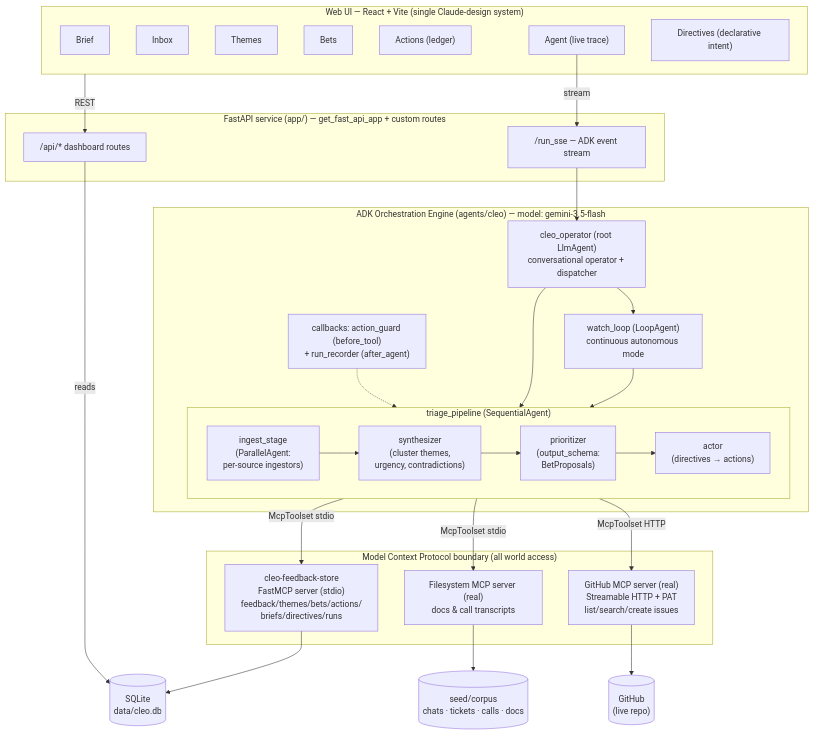
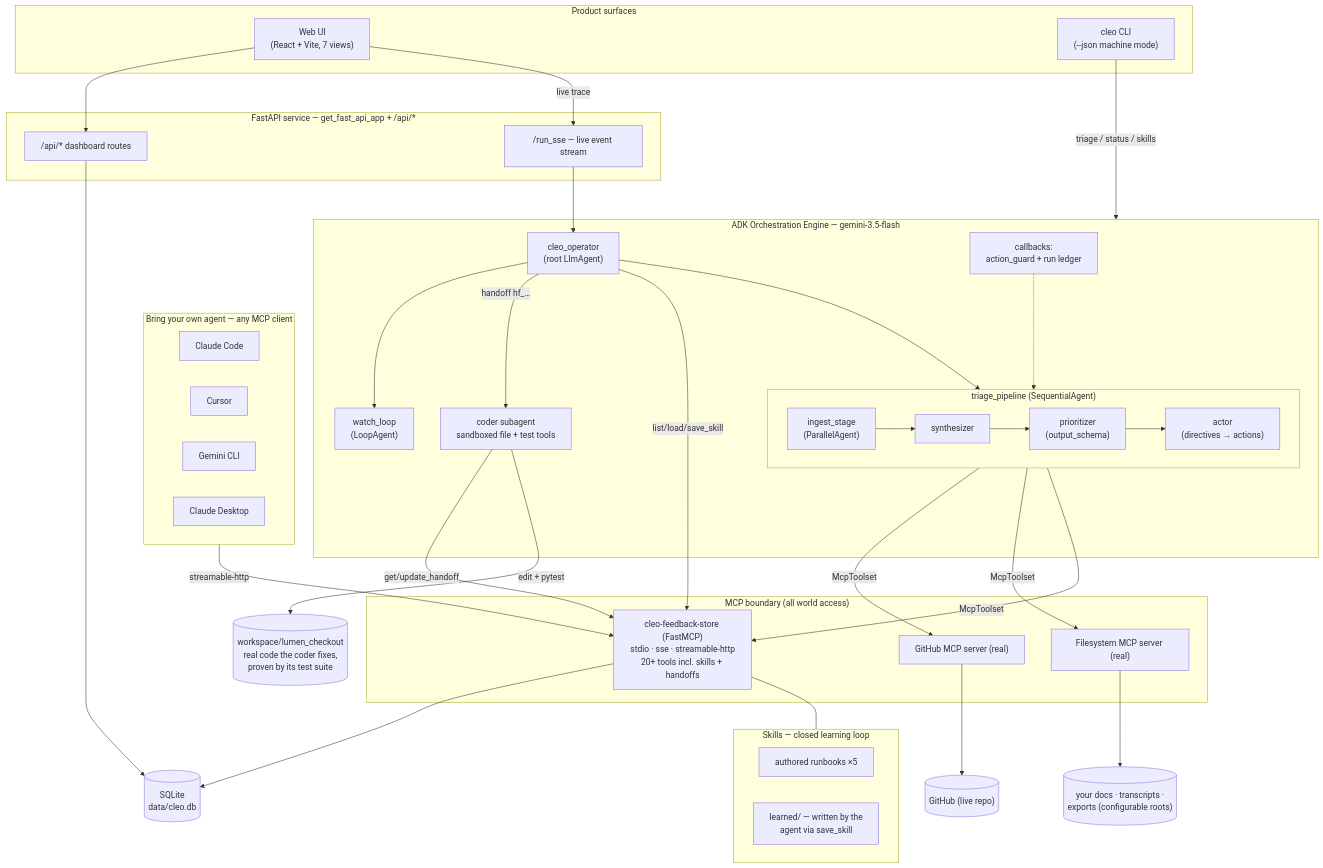
One commit to ychampion/cleo-hack changed the diagram in docs/ARCHITECTURE.md. Above: the diagram before and after it, drawn with Mermaid. The commit also changed other lines of this file and 3 other files, not shown here.

Commit message:
docs: architecture v2 (skills + fix loop + product surfaces), demo script with the fix-loop act, verification gates for CLI/transports/fix-loop

````diff
--- a/docs/ARCHITECTURE.md
+++ b/docs/ARCHITECTURE.md
@@ -11,46 +12,64 @@
 ```mermaid
 flowchart TB
-    subgraph UI["Web UI — React + Vite (single Claude-design system)"]
-        BR[Brief] ; IN[Inbox] ; TH[Themes] ; BE[Bets] ; AC["Actions (ledger)"] ; AG["Agent (live trace)"] ; DI["Directives (declarative intent)"]
+    subgraph BYOA["Bring your own agent — any MCP client"]
+        CC[Claude Code] ; CU[Cursor] ; GC[Gemini CLI] ; CD[Claude Desktop]
     end
 
-    subgraph API["FastAPI service (app/) — get_fast_api_app + custom routes"]
-        REST["/api/* dashboard routes"]
-        SSE["/run_sse — ADK event stream"]
+    subgraph SURF["Product surfaces"]
+        UI["Web UI<br/>(React + Vite, 7 views)"]
+        CLI["cleo CLI<br/>(--json machine mode)"]
     end
 
-    subgraph ADK["ADK Orchestration Engine (agents/cleo) — model: gemini-3.5-flash"]
-        OP["cleo_operator (root LlmAgent)<br/>conversational operator + dispatcher"]
+    subgraph API["FastAPI service — get_fast_api_app + /api/*"]
+        REST["/api/* dashboard routes"]
+        SSE["/run_sse — live event stream"]
+    end
+
+    subgraph ADK["ADK Orchestration Engine — gemini-3.5-flash"]
+        OP["cleo_operator<br/>(root LlmAgent)"]
         subgraph PIPE["triage_pipeline (SequentialAgent)"]
             direction LR
-            ING["ingest_stage<br/>(ParallelAgent:<br/>per-source ingestors)"] --> SYN["synthesizer<br/>(cluster themes,<br/>urgency, contradictions)"] --> PRI["prioritizer<br/>(output_schema:<br/>BetProposals)"] --> ACT["actor<br/>(directives → actions)"]
+            ING["ingest_stage<br/>(ParallelAgent)"] --> SYN["synthesizer"] --> PRI["prioritizer<br/>(output_schema)"] --> ACT["actor<br/>(directives → actions)"]
         end
-        LOOP["watch_loop (LoopAgent)<br/>continuous autonomous mode"]
-        GUARD["callbacks: action_guard (before_tool)<br/>+ run_recorder (after_agent)"]
+        LOOP["watch_loop<br/>(LoopAgent)"]
+        CODER["coder subagent<br/>sandboxed file + test tools"]
+        GUARD["callbacks:<br/>action_guard + run ledger"]
         OP --> PIPE
         OP --> LOOP
-        LOOP --> PIPE
+        OP -->|"handoff hf_…"| CODER
         GUARD -.-> ACT
     end
 
-    subgraph MCP["Model Context Protocol boundary (all world access)"]
-        STORE["cleo-feedback-store<br/>FastMCP server (stdio)<br/>feedback/themes/bets/actions/<br/>briefs/directives/runs"]
-        GH["GitHub MCP server (real)<br/>Streamable HTTP + PAT<br/>list/search/create issues"]
-        FS["Filesystem MCP server (real)<br/>docs & call transcripts"]
+    subgraph SKILLS["Skills — closed learning loop"]
+        AUTH["authored runbooks ×5"]
+        LEARN["learned/ — written by the<br/>agent via save_skill"]
+    end
+
+    subgraph MCP["MCP boundary (all world access)"]
+        STORE["cleo-feedback-store (FastMCP)<br/>stdio · sse · streamable-http<br/>20+ tools incl. skills + handoffs"]
+        GH["GitHub MCP server (real)"]
+        FS["Filesystem MCP server (real)"]
     end
 
     DB[("SQLite<br/>data/cleo.db")]
-    GHE[("GitHub<br/>(live repo)")]
-    CORPUS[("seed/corpus<br/>chats · tickets · calls · docs")]
+    WS[("workspace/lumen_checkout<br/>real code the coder fixes,<br/>proven by its test suite")]
+    GHE[("GitHub (live repo)")]
+    DOCS[("your docs · transcripts ·<br/>exports (configurable roots)")]
 
-    UI -->|REST| REST
-    AG -->|stream| SSE
-    REST -->|reads| DB
+    BYOA -->|streamable-http| STORE
+    UI --> REST
+    UI -->|live trace| SSE
+    CLI -->|triage / status / skills| ADK
+    REST --> DB
     SSE --> OP
-    PIPE -->|McpToolset stdio| STORE
-    PIPE -->|McpToolset HTTP| GH
-    ING -->|McpToolset stdio| FS
+    PIPE -->|McpToolset| STORE
+    OP -->|list/load/save_skill| STORE
+    ACT -->|McpToolset| GH
+    ING -->|McpToolset| FS
+    CODER -->|get/update_handoff| STORE
+    CODER -->|"edit + pytest"| WS
     STORE --> DB
+    STORE --- SKILLS
     GH --> GHE
-    FS --> CORPUS
+    FS --> DOCS
 ```
````
